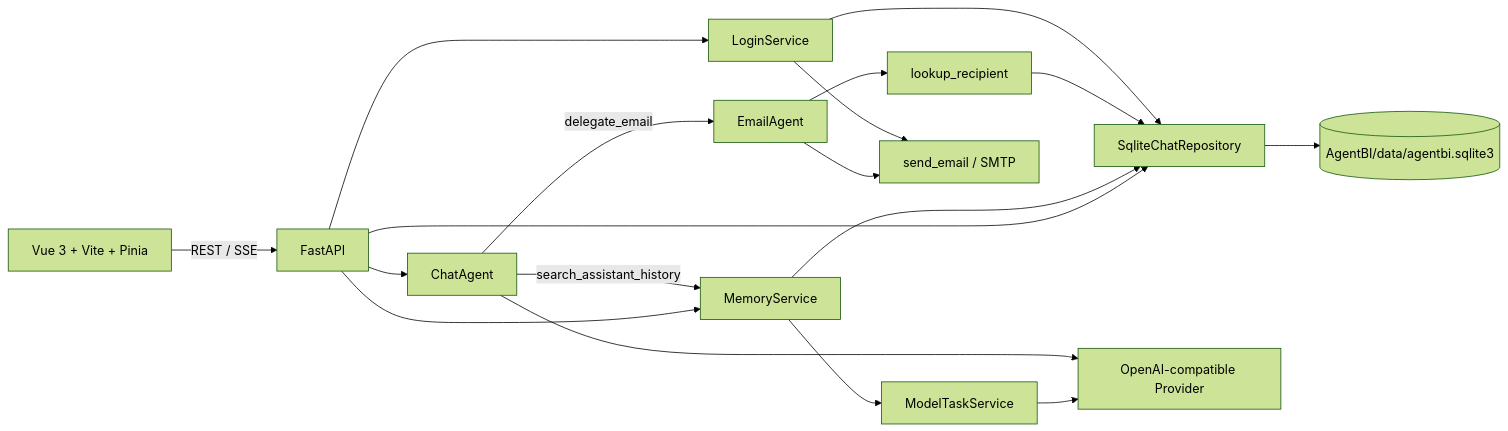
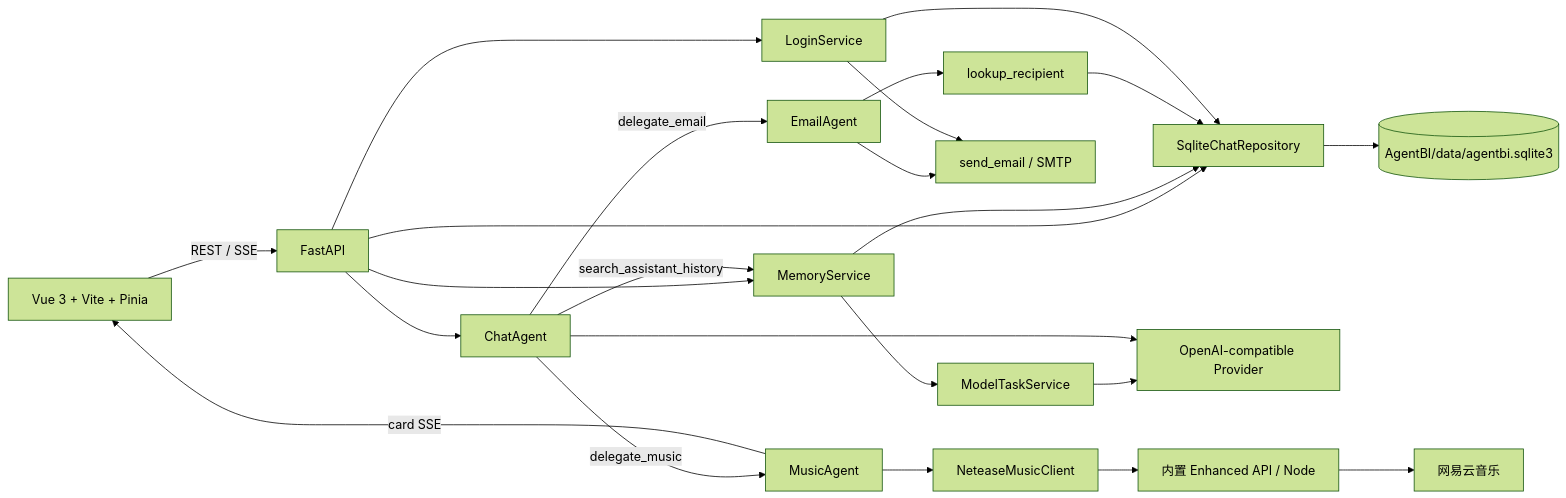
One commit to 39Mikku/AgentBI changed the diagram in docs/AgentBI_开发总览.md. Above: the diagram before and after it, drawn with Mermaid (forest theme). The commit also changed other lines of this file and 40 other files, not shown here.

````diff
--- a/docs/AgentBI_开发总览.md
+++ b/docs/AgentBI_开发总览.md
@@ -8,20 +8,25 @@
 ```mermaid
 flowchart LR
   UI[Vue 3 + Vite + Pinia] -->|REST / SSE| API[FastAPI]
   API --> Repo[SqliteChatRepository]
   Repo --> DB[(AgentBI/data/agentbi.sqlite3)]
   API --> Chat[ChatAgent]
   API --> Memory[MemoryService]
   Memory --> Tasks[ModelTaskService]
   Tasks --> LLM
   Memory --> Repo
   Chat -->|delegate_email| MailAgent[EmailAgent]
+  Chat -->|delegate_music| MusicAgent[MusicAgent]
   Chat -->|search_assistant_history| Memory
   Chat --> LLM[OpenAI-compatible Provider]
   MailAgent --> Lookup[lookup_recipient]
   Lookup --> Repo
   MailAgent --> SMTP[send_email / SMTP]
+  MusicAgent --> MusicClient[NeteaseMusicClient]
+  MusicClient --> Node[内置 Enhanced API / Node]
+  Node --> NCM[网易云音乐]
+  MusicAgent -->|card SSE| UI
   API --> Login[LoginService]
   Login --> Repo
   Login --> SMTP
 ```
````
